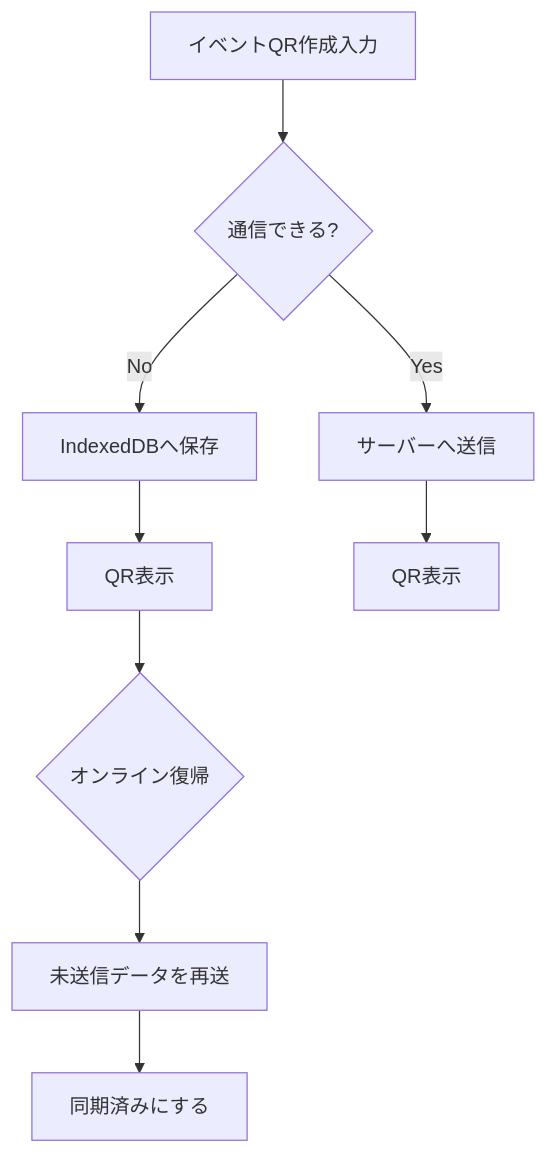
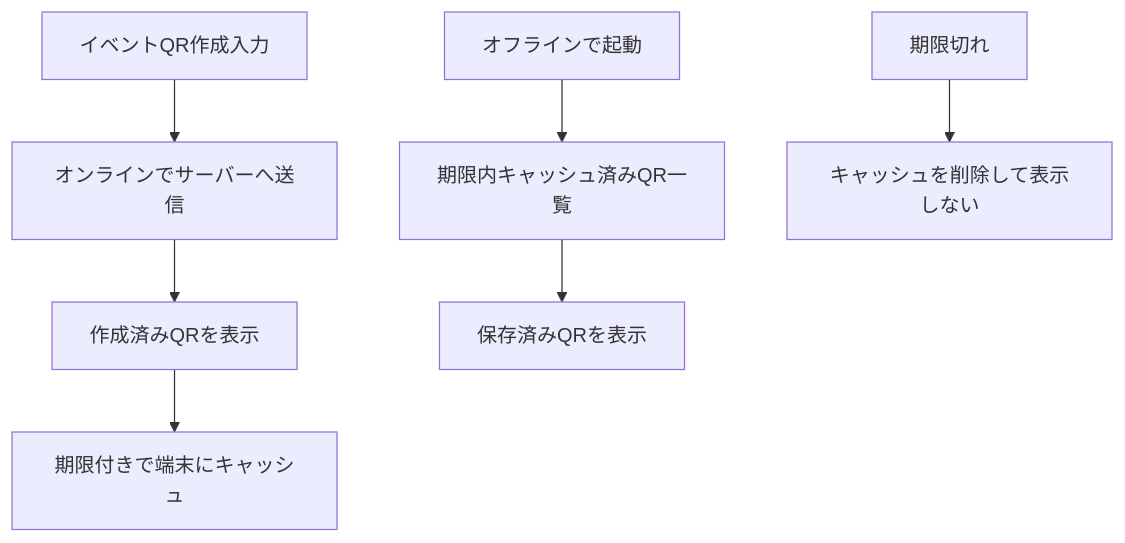
One commit to NaruSue/OGOA changed the second of 2 diagrams in docs/sitemap-and-screens.md. Above: the diagram before and after it, drawn with Mermaid. The commit also changed other lines of this file and 12 other files, not shown here.

````diff
--- a/docs/sitemap-and-screens.md
+++ b/docs/sitemap-and-screens.md
@@ -567,11 +508,9 @@
 ```mermaid
 flowchart TD
-    Input["イベントQR作成入力"] --> OnlineCheck{"通信できる?"}
-    OnlineCheck -->|Yes| Send["サーバーへ送信"]
-    OnlineCheck -->|No| SaveIndexedDB["IndexedDBへ保存"]
-    SaveIndexedDB --> ShowOfflineQR["QR表示"]
-    Send --> ShowQR["QR表示"]
-    ShowOfflineQR --> OnlineBack{"オンライン復帰"}
-    OnlineBack --> Sync["未送信データを再送"]
-    Sync --> Done["同期済みにする"]
+    Input["イベントQR作成入力"] --> Send["オンラインでサーバーへ送信"]
+    Send --> ShowQR["作成済みQRを表示"]
+    ShowQR --> Cache["期限付きで端末にキャッシュ"]
+    Offline["オフラインで起動"] --> List["期限内キャッシュ済みQR一覧"]
+    List --> Open["保存済みQRを表示"]
+    Expired["期限切れ"] --> Delete["キャッシュを削除して表示しない"]
 ```
````
